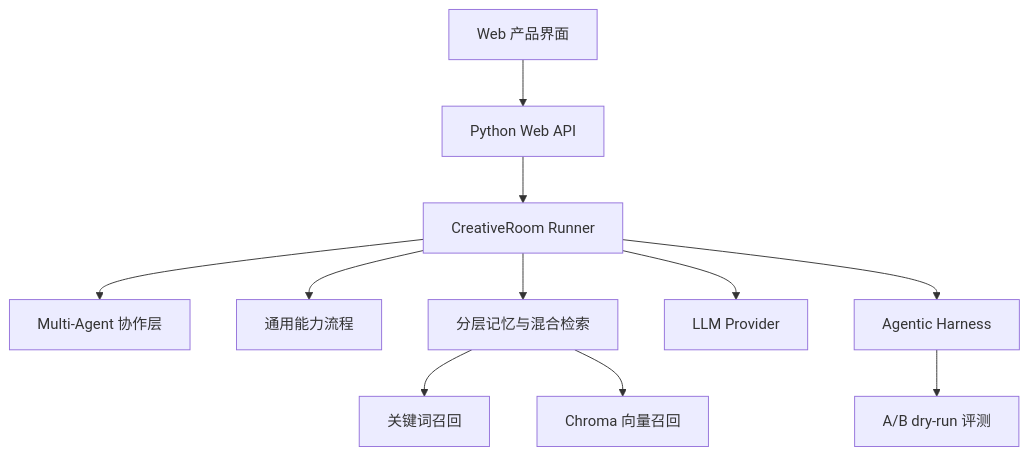
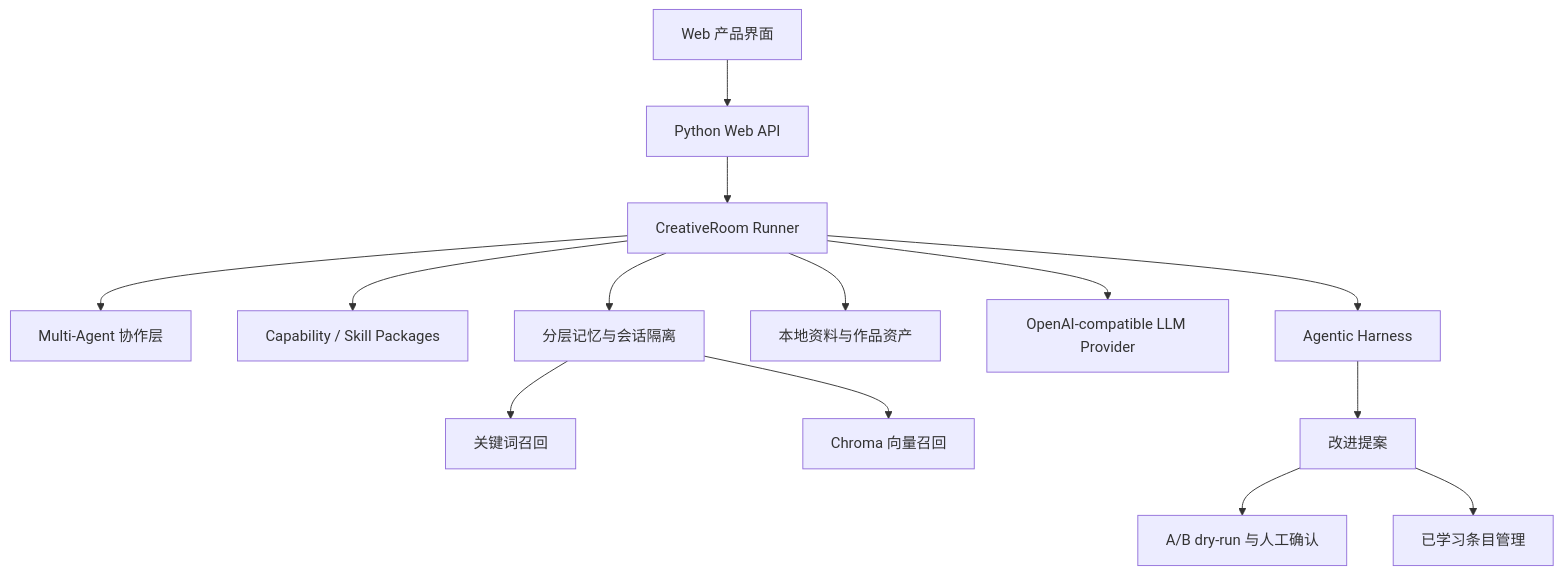
Before and after one commit to yukaich1/EcRoom: the second of 2 diagrams in README.md, drawn with Mermaid. The commit also changed other lines of this file and 187 other files, not shown here.

````diff
--- a/README.md
+++ b/README.md
@@ -47,15 +54,18 @@
 ```mermaid
 flowchart TB
   UI["Web 产品界面"] --> API["Python Web API"]
   API --> Room["CreativeRoom Runner"]
 
   Room --> Agents["Multi-Agent 协作层"]
-  Room --> Capabilities["通用能力流程"]
-  Room --> Memory["分层记忆与混合检索"]
-  Room --> LLM["LLM Provider"]
+  Room --> Capabilities["Capability / Skill Packages"]
+  Room --> Memory["分层记忆与会话隔离"]
+  Room --> Knowledge["本地资料与作品资产"]
+  Room --> LLM["OpenAI-compatible LLM Provider"]
   Room --> Harness["Agentic Harness"]
 
   Memory --> Keyword["关键词召回"]
   Memory --> Vector["Chroma 向量召回"]
-  Harness --> Eval["A/B dry-run 评测"]
+  Harness --> Proposals["改进提案"]
+  Proposals --> Eval["A/B dry-run 与人工确认"]
+  Proposals --> Learned["已学习条目管理"]
 ```
````
